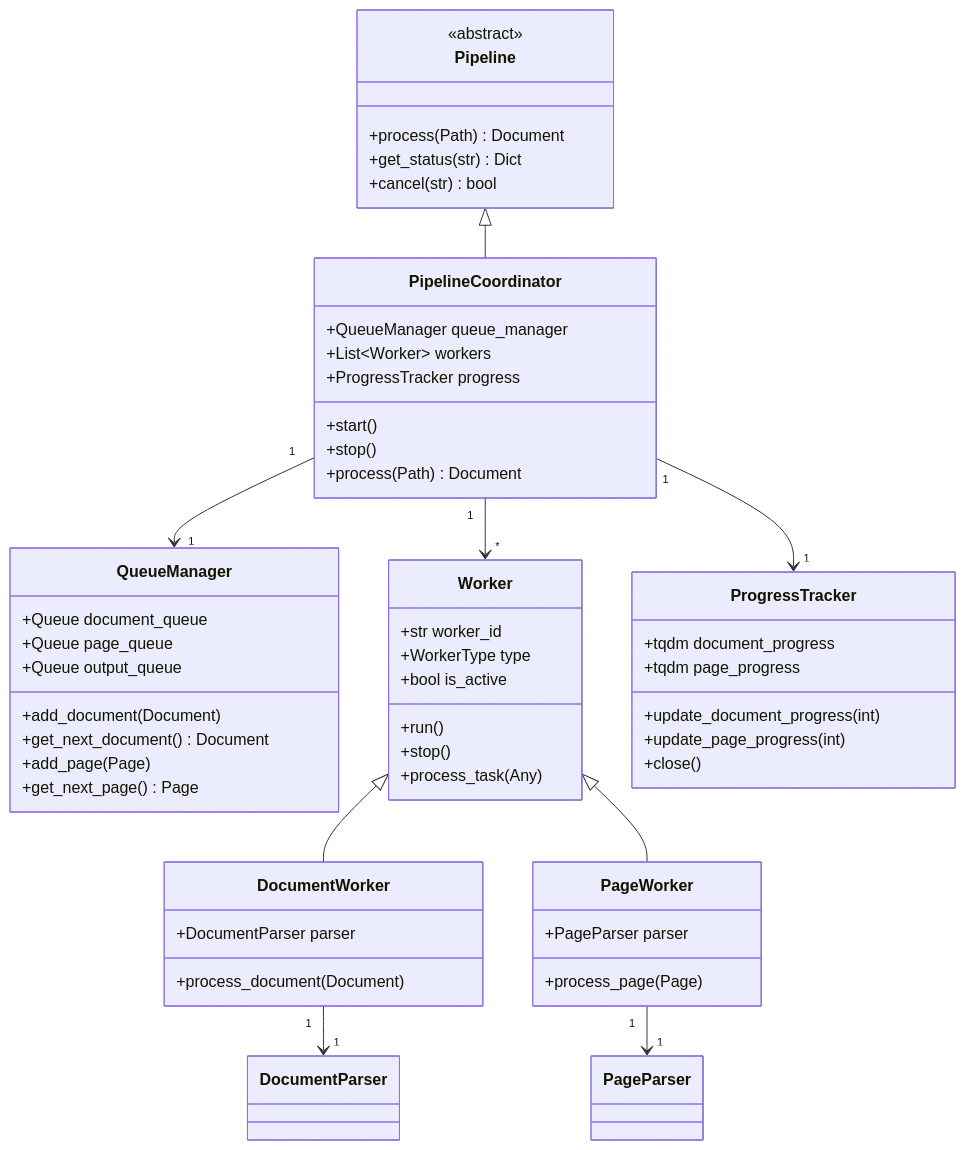
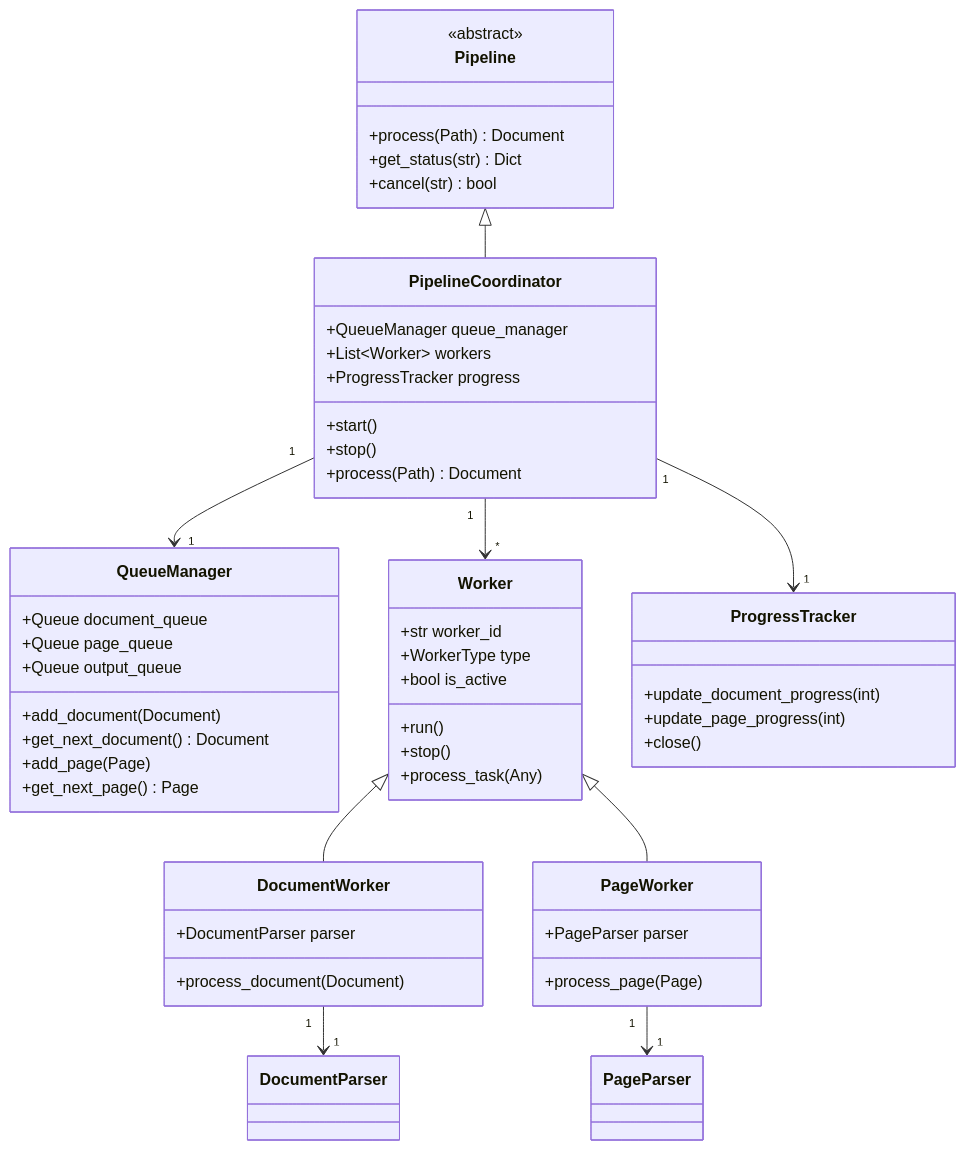
The third of 5 diagrams in docs/lld.md (juanqui/pdf2markdown), drawn with Mermaid before and after one commit. The commit also changed other lines of this file and 29 other files, not shown here.

````diff
--- a/docs/lld.md
+++ b/docs/lld.md
@@ -442,64 +442,62 @@
 ```mermaid
 classDiagram
     class Pipeline {
         <<abstract>>
         +process(Path) Document
         +get_status(str) Dict
         +cancel(str) bool
     }
     
     class QueueManager {
         +Queue document_queue
         +Queue page_queue
         +Queue output_queue
         +add_document(Document)
         +get_next_document() Document
         +add_page(Page)
         +get_next_page() Page
     }
     
     class Worker {
         +str worker_id
         +WorkerType type
         +bool is_active
         +run()
         +stop()
         +process_task(Any)
     }
     
     class DocumentWorker {
         +DocumentParser parser
         +process_document(Document)
     }
     
     class PageWorker {
         +PageParser parser
         +process_page(Page)
     }
     
     class PipelineCoordinator {
         +QueueManager queue_manager
         +List~Worker~ workers
         +ProgressTracker progress
         +start()
         +stop()
         +process(Path) Document
     }
     
     class ProgressTracker {
-        +tqdm document_progress
-        +tqdm page_progress
         +update_document_progress(int)
         +update_page_progress(int)
         +close()
     }
     
     Pipeline <|-- PipelineCoordinator
     PipelineCoordinator "1" --> "1" QueueManager
     PipelineCoordinator "1" --> "*" Worker
     PipelineCoordinator "1" --> "1" ProgressTracker
     Worker <|-- DocumentWorker
     Worker <|-- PageWorker
     DocumentWorker "1" --> "1" DocumentParser
     PageWorker "1" --> "1" PageParser
 ```
````
